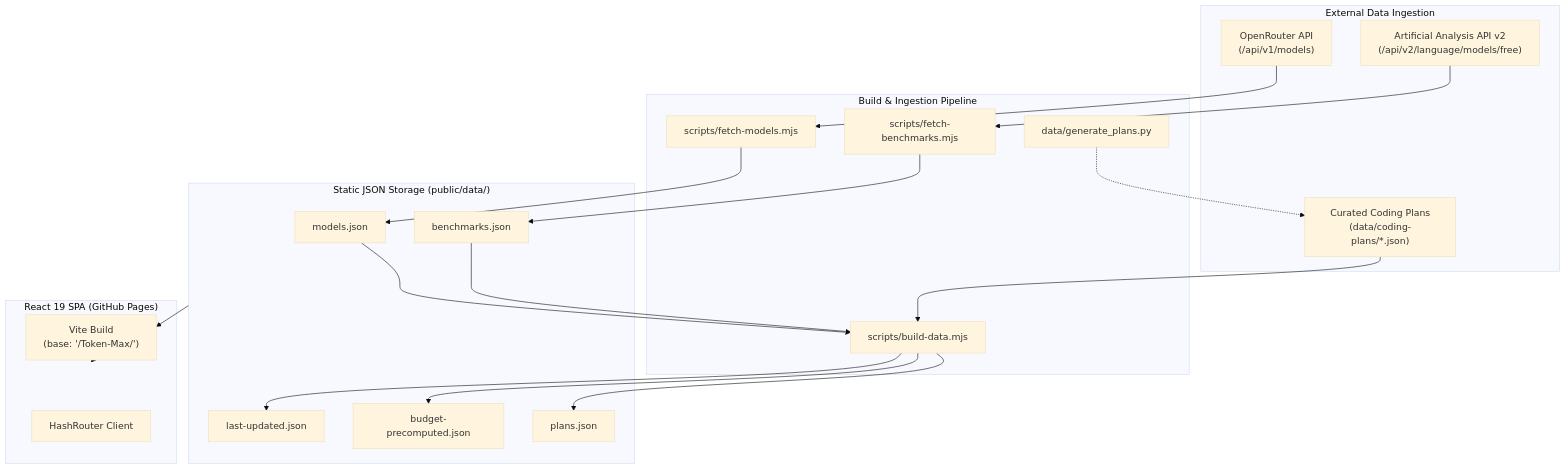
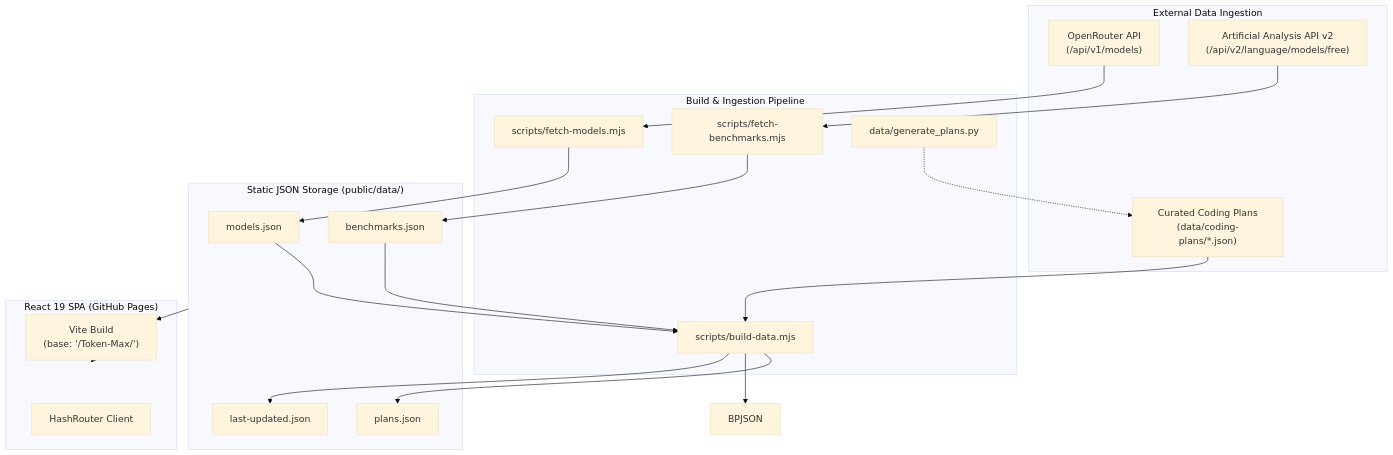
Before and after one commit to Heretek-AI/Token-Max: the diagram in docs/MAINTAINABILITY.md, drawn with Mermaid (base theme). The commit also changed 16 other files, not shown here.

````diff
--- a/docs/MAINTAINABILITY.md
+++ b/docs/MAINTAINABILITY.md
@@ -11,40 +11,39 @@
 ```mermaid
 flowchart TD
     subgraph DataSources["External Data Ingestion"]
         OR["OpenRouter API<br/>(/api/v1/models)"]
         AA["Artificial Analysis API v2<br/>(/api/v2/language/models/free)"]
         CP["Curated Coding Plans<br/>(data/coding-plans/*.json)"]
     end
 
     subgraph BuildPipeline["Build & Ingestion Pipeline"]
         FM["scripts/fetch-models.mjs"]
         FB["scripts/fetch-benchmarks.mjs"]
         BD["scripts/build-data.mjs"]
         GP["data/generate_plans.py"]
     end
 
     subgraph StaticAssets["Static JSON Storage (public/data/)"]
         MJSON["models.json"]
         BJSON["benchmarks.json"]
         PJSON["plans.json"]
-        BPJSON["budget-precomputed.json"]
         LUJSON["last-updated.json"]
     end
 
     subgraph Frontend["React 19 SPA (GitHub Pages)"]
         Vite["Vite Build<br/>(base: '/Token-Max/')"]
         Hash["HashRouter Client"]
     end
 
     OR --> FM --> MJSON
     AA --> FB --> BJSON
     CP --> BD
     GP -.-> CP
     MJSON --> BD
     BJSON --> BD
     BD --> PJSON
     BD --> BPJSON
     BD --> LUJSON
 
     StaticAssets --> Vite --> Frontend
 ```
````
